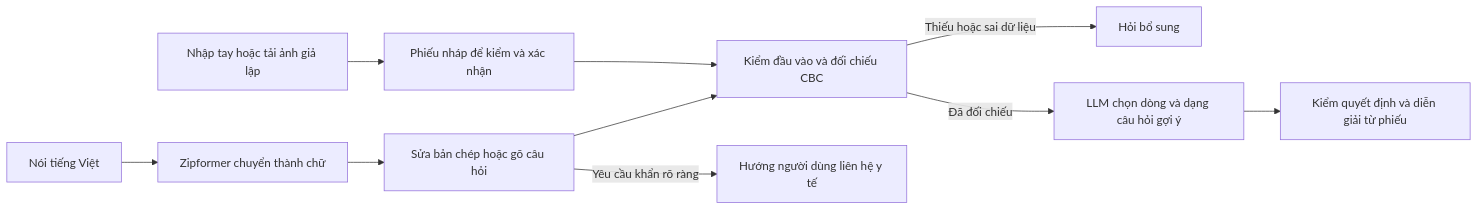
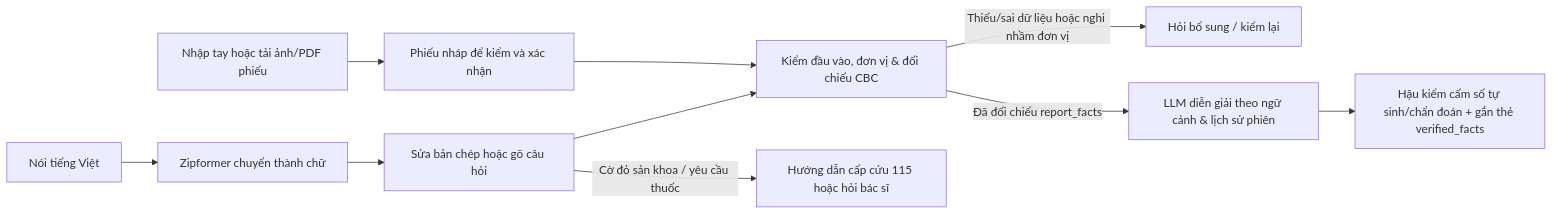
Before and after one commit to Basrot/K5-L3B-Day15-4thangtay-AI-Product-Hackathon: the diagram in starter-repo/spec.md, drawn with Mermaid. The commit also changed other lines of this file and 11 other files, not shown here.

````diff
--- a/starter-repo/spec.md
+++ b/starter-repo/spec.md
@@ -60,12 +60,12 @@
 ```mermaid
 flowchart LR
-    A["Nhập tay hoặc tải ảnh giả lập"] --> B["Phiếu nháp để kiểm và xác nhận"]
+    A["Nhập tay hoặc tải ảnh/PDF phiếu"] --> B["Phiếu nháp để kiểm và xác nhận"]
     C["Nói tiếng Việt"] --> D["Zipformer chuyển thành chữ"]
     D --> E["Sửa bản chép hoặc gõ câu hỏi"]
-    E --> F["Kiểm đầu vào và đối chiếu CBC"]
+    E --> F["Kiểm đầu vào, đơn vị & đối chiếu CBC"]
     B --> F
-    F -->|Thiếu hoặc sai dữ liệu| G["Hỏi bổ sung"]
-    F -->|Đã đối chiếu| H["LLM chọn dòng và dạng câu hỏi gợi ý"]
-    H --> I["Kiểm quyết định và diễn giải từ phiếu"]
-    E -->|Yêu cầu khẩn rõ ràng| J["Hướng người dùng liên hệ y tế"]
+    F -->|Thiếu/sai dữ liệu hoặc nghi nhầm đơn vị| G["Hỏi bổ sung / kiểm lại"]
+    F -->|Đã đối chiếu report_facts| H["LLM diễn giải theo ngữ cảnh & lịch sử phiên"]
+    H --> I["Hậu kiểm cấm số tự sinh/chẩn đoán + gắn thẻ verified_facts"]
+    E -->|Cờ đỏ sản khoa / yêu cầu thuốc| J["Hướng dẫn cấp cứu 115 hoặc hỏi bác sĩ"]
 ```
````
